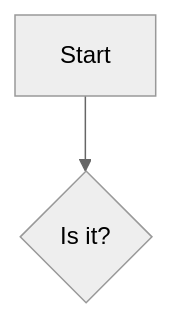
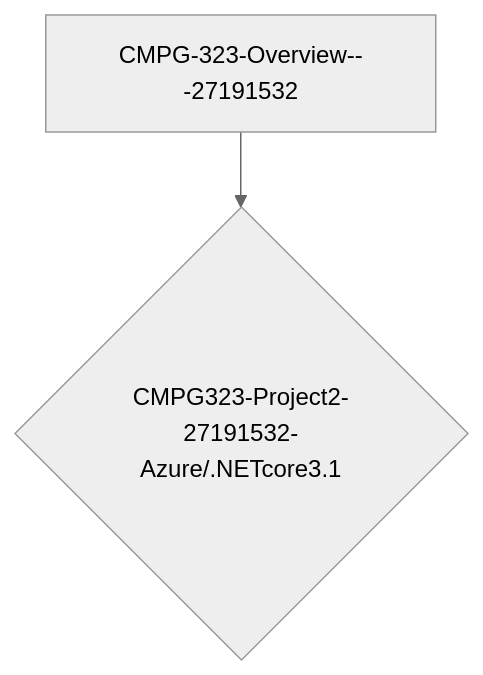
One commit to BeoVR6R/CMPG-323-Overview---27191532 changed the diagram in README.md. Above: the diagram before and after it, drawn with Mermaid (neutral theme).

````diff
--- a/README.md
+++ b/README.md
@@ -11,4 +11,4 @@
 ```mermaid
 flowchart TD
-    A[Start] --> B{Is it?}
+    A[CMPG-323-Overview---27191532] --> B{CMPG323-Project2-27191532-Azure/.NETcore3.1}
 ```
````
